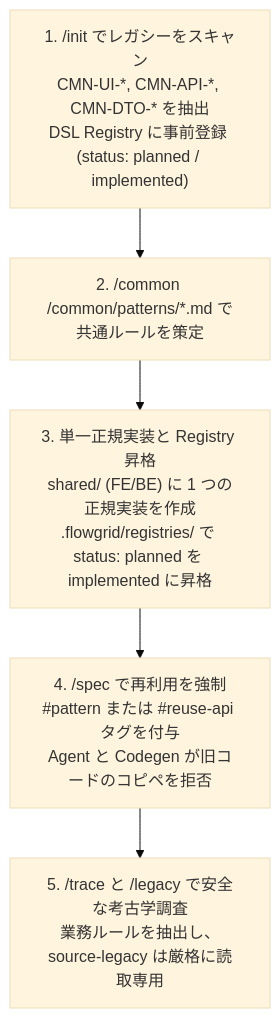
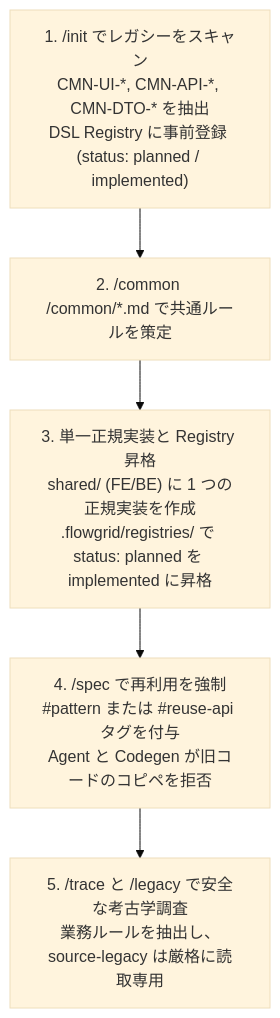
The second of 3 diagrams in ja/workflows/phase-0-setup.md (ShanYuCoder/flowgrid-docs), drawn with Mermaid (base theme) before and after one commit. The commit also changed other lines of this file and 56 other files, not shown here.

Commit message:
feat(docs): update 1-tier flat feature structure, flat common patterns, and module user-flows

````diff
--- a/ja/workflows/phase-0-setup.md
+++ b/ja/workflows/phase-0-setup.md
@@ -78,7 +78,7 @@
 ```mermaid
 flowchart TD
-  INIT["1. /init でレガシーをスキャン<br/>CMN-UI-*, CMN-API-*, CMN-DTO-* を抽出<br/>DSL Registry に事前登録 (status: planned / implemented)"] --> COMMON["2. /common <CMN-ID><br/><LCA>/common/patterns/*.md で共通ルールを策定"]
+  INIT["1. /init でレガシーをスキャン<br/>CMN-UI-*, CMN-API-*, CMN-DTO-* を抽出<br/>DSL Registry に事前登録 (status: planned / implemented)"] --> COMMON["2. /common <CMN-ID><br/><LCA>/common/*.md で共通ルールを策定"]
   COMMON --> IMPL["3. 単一正規実装と Registry 昇格<br/>shared/ (FE/BE) に 1 つの正規実装を作成<br/>.flowgrid/registries/ で status: planned を implemented に昇格"]
   IMPL --> SPEC["4. /spec で再利用を強制<br/>#pattern または #reuse-api タグを付与<br/>Agent と Codegen が旧コードのコピペを拒否"]
   SPEC --> SAFETRACE["5. /trace と /legacy で安全な考古学調査<br/>業務ルールを抽出し、source-legacy は厳格に読取専用"]
 ```
````
